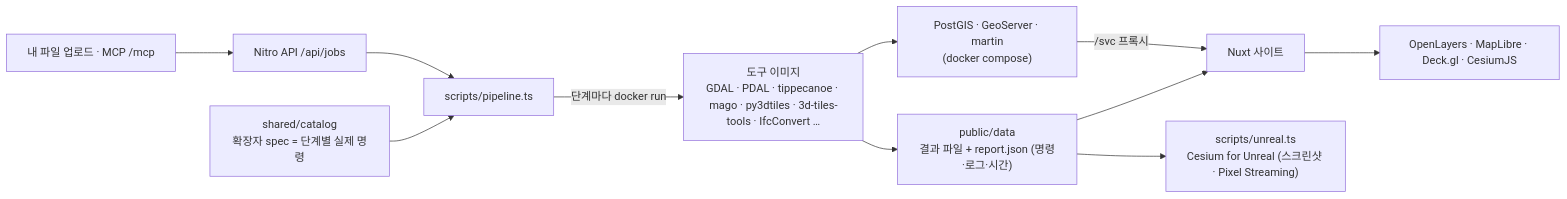
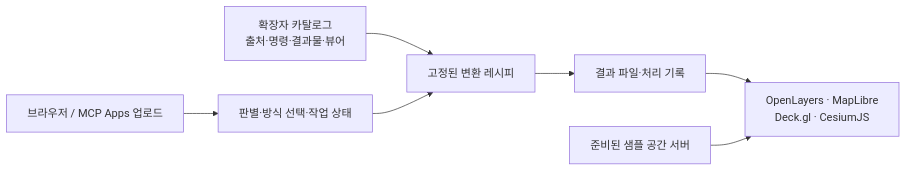
Before and after one commit to Gi-Di-Zi/geo: the diagram in README.md, drawn with Mermaid. The commit also changed other lines of this file and 72 other files, not shown here.

Commit message:
MCP Apps·웹 업로드 공개

````diff
--- a/README.md
+++ b/README.md
@@ -87,12 +99,9 @@
 ```mermaid
 flowchart LR
-  spec["shared/catalog<br/>확장자 spec = 단계별 실제 명령"] --> pipe["scripts/pipeline.ts"]
-  up["내 파일 업로드 · MCP /mcp"] --> api["Nitro API /api/jobs"] --> pipe
-  pipe -- "단계마다 docker run" --> tools["도구 이미지<br/>GDAL · PDAL · tippecanoe · mago · py3dtiles · 3d-tiles-tools · IfcConvert …"]
-  tools --> files["public/data<br/>결과 파일 + report.json (명령·로그·시간)"]
-  tools --> svc["PostGIS · GeoServer · martin<br/>(docker compose)"]
-  files --> site["Nuxt 사이트"]
-  svc -- "/svc 프록시" --> site
-  site --> web["OpenLayers · MapLibre · Deck.gl · CesiumJS"]
-  files --> ue["scripts/unreal.ts<br/>Cesium for Unreal (스크린샷 · Pixel Streaming)"]
+  spec["확장자 카탈로그<br/>출처·명령·결과물·뷰어"] --> pipe["고정된 변환 레시피"]
+  browser["브라우저 / MCP Apps 업로드"] --> job["판별·방식 선택·작업 상태"]
+  job --> pipe
+  pipe --> output["결과 파일·처리 기록"]
+  output --> web["OpenLayers · MapLibre<br/>Deck.gl · CesiumJS"]
+  prepared["준비된 샘플 공간 서버"] --> web
 ```
````
